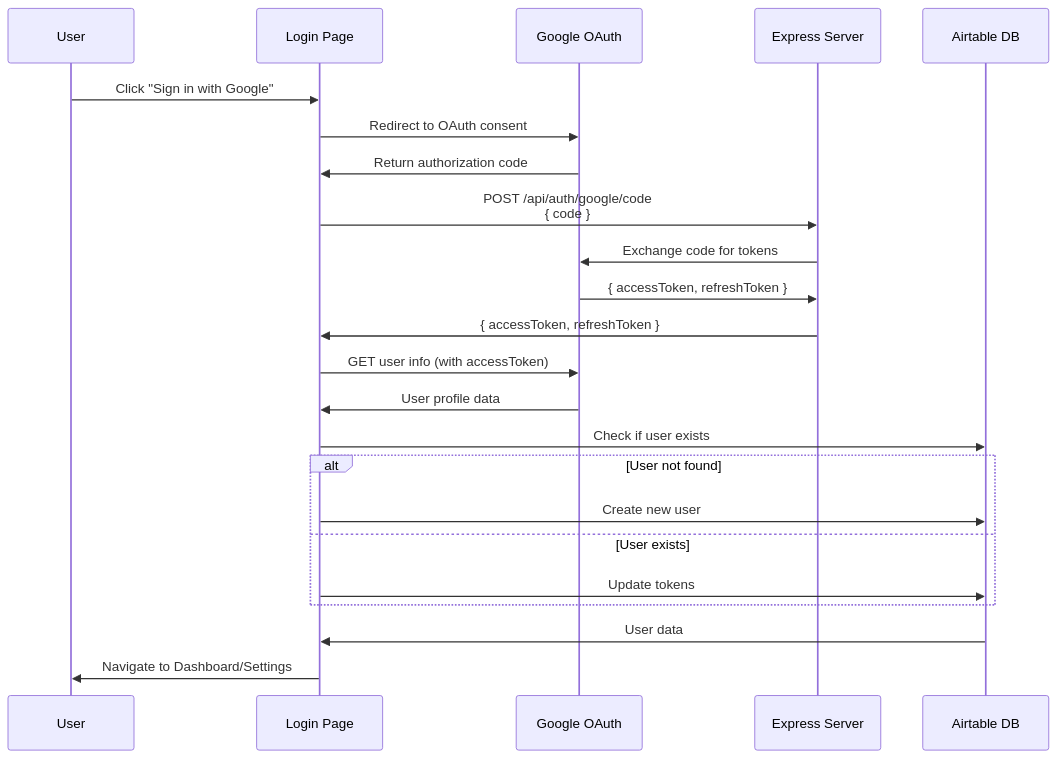
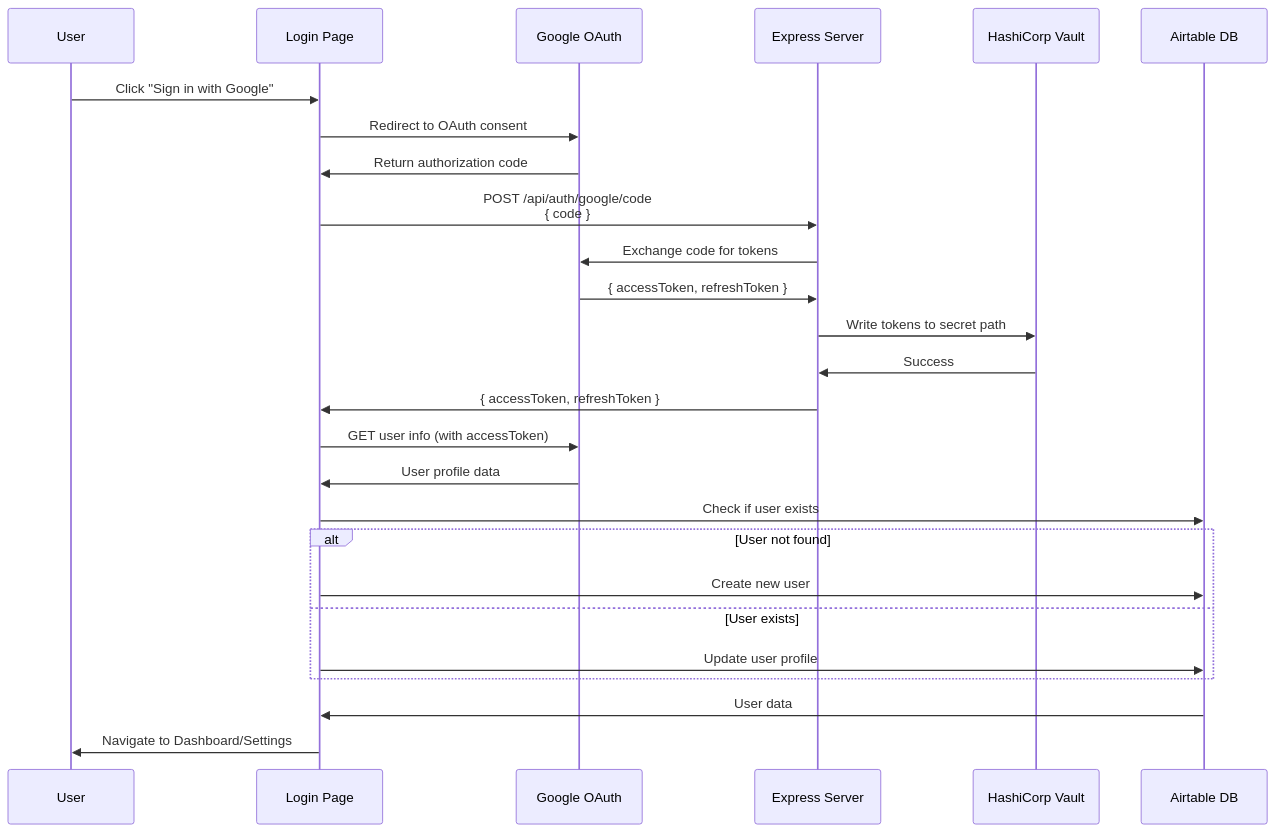
One commit to nicmart-dev/linguistnow changed the first of 3 diagrams in docs/google-authentication.md. Above: the diagram before and after it, drawn with Mermaid. The commit also changed other lines of this file and 50 other files, not shown here.

First line of the commit message:
feat(security): migrate token storage to HashiCorp Vault

````diff
--- a/docs/google-authentication.md
+++ b/docs/google-authentication.md
@@ -30,26 +30,29 @@
 ```mermaid
 sequenceDiagram
     participant User
     participant Login as Login Page
     participant Google as Google OAuth
     participant Server as Express Server
+    participant Vault as HashiCorp Vault
     participant Airtable as Airtable DB
 
     User->>Login: Click "Sign in with Google"
     Login->>Google: Redirect to OAuth consent
     Google->>Login: Return authorization code
     Login->>Server: POST /api/auth/google/code<br/>{ code }
     Server->>Google: Exchange code for tokens
     Google->>Server: { accessToken, refreshToken }
+    Server->>Vault: Write tokens to secret path
+    Vault->>Server: Success
     Server->>Login: { accessToken, refreshToken }
     Login->>Google: GET user info (with accessToken)
     Google->>Login: User profile data
     Login->>Airtable: Check if user exists
     alt User not found
         Login->>Airtable: Create new user
     else User exists
-        Login->>Airtable: Update tokens
+        Login->>Airtable: Update user profile
     end
     Airtable->>Login: User data
     Login->>User: Navigate to Dashboard/Settings
 ```
````
